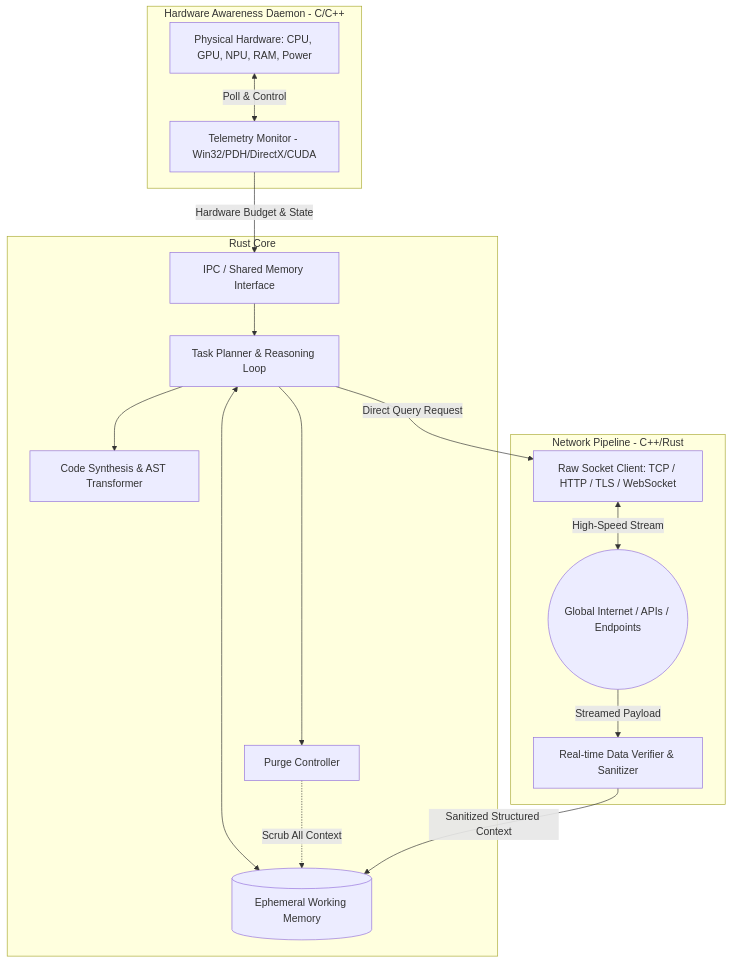
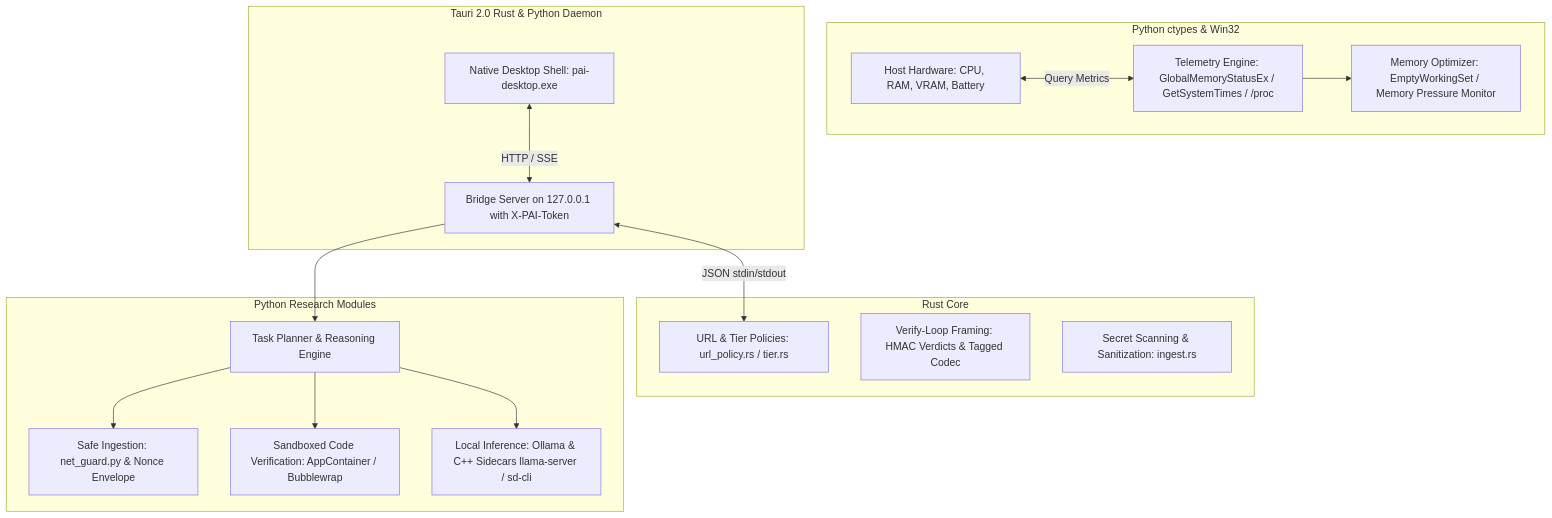
One commit to hirushasuhan/pai changed the first of 3 diagrams in docs/ARCHITECTURE.md. Above: the diagram before and after it, drawn with Mermaid. The commit also changed other lines of this file and 22 other files, not shown here.

````diff
--- a/docs/ARCHITECTURE.md
+++ b/docs/ARCHITECTURE.md
@@ -12,34 +12,35 @@
 ```mermaid
 graph TD
-    subgraph Host Hardware Layer [Hardware Awareness Daemon - C/C++]
-        HW[Physical Hardware: CPU, GPU, NPU, RAM, Power]
-        TELEMETRY[Telemetry Monitor - Win32/PDH/DirectX/CUDA]
-        HW <-->|Poll & Control| TELEMETRY
+    subgraph Hardware & OS Telemetry [Python ctypes & Win32]
+        HW[Host Hardware: CPU, RAM, VRAM, Battery]
+        TELEMETRY[Telemetry Engine: GlobalMemoryStatusEx / GetSystemTimes / /proc]
+        MEM_OPT[Memory Optimizer: EmptyWorkingSet / Memory Pressure Monitor]
+        HW <-->|Query Metrics| TELEMETRY
+        TELEMETRY --> MEM_OPT
     end
 
-    subgraph Core Cognitive Engine [Rust Core]
-        IPC_IN[IPC / Shared Memory Interface]
-        PLANNER[Task Planner & Reasoning Loop]
-        CODEGEN[Code Synthesis & AST Transformer]
-        WORKING_RAM[(Ephemeral Working Memory)]
-        PURGE[Purge Controller]
-        
-        TELEMETRY -->|Hardware Budget & State| IPC_IN
-        IPC_IN --> PLANNER
-        PLANNER <--> WORKING_RAM
-        PLANNER --> CODEGEN
-        PLANNER --> PURGE
-        PURGE -.->|Scrub All Context| WORKING_RAM
+    subgraph Desktop Shell & Loopback Bridge [Tauri 2.0 Rust & Python Daemon]
+        DESKTOP[Native Desktop Shell: pai-desktop.exe]
+        BRIDGE[Bridge Server on 127.0.0.1 with X-PAI-Token]
+        DESKTOP <-->|HTTP / SSE| BRIDGE
     end
 
-    subgraph Direct Ingestion Layer [Network Pipeline - C++/Rust]
-        RAW_SOCK[Raw Socket Client: TCP / HTTP / TLS / WebSocket]
-        VERIFIER[Real-time Data Verifier & Sanitizer]
-        INTERNET((Global Internet / APIs / Endpoints))
+    subgraph Core Policy & Verification [Rust Core]
+        POLICY[URL & Tier Policies: url_policy.rs / tier.rs]
+        VERIFY_CODEC[Verify-Loop Framing: HMAC Verdicts & Tagged Codec]
+        INGEST_RUST[Secret Scanning & Sanitization: ingest.rs]
+    end
+
+    subgraph Execution & Ingestion Engine [Python Research Modules]
+        PLANNER[Task Planner & Reasoning Engine]
+        INGEST[Safe Ingestion: net_guard.py & Nonce Envelope]
+        VERIFY_LOOP[Sandboxed Code Verification: AppContainer / Bubblewrap]
+        REASONER[Local Inference: Ollama & C++ Sidecars llama-server / sd-cli]
         
-        PLANNER -->|Direct Query Request| RAW_SOCK
-        RAW_SOCK <-->|High-Speed Stream| INTERNET
-        INTERNET -->|Streamed Payload| VERIFIER
-        VERIFIER -->|Sanitized Structured Context| WORKING_RAM
+        BRIDGE --> PLANNER
+        PLANNER --> INGEST
+        PLANNER --> REASONER
+        PLANNER --> VERIFY_LOOP
+        BRIDGE <-->|JSON stdin/stdout| POLICY
     end
 ```
````
